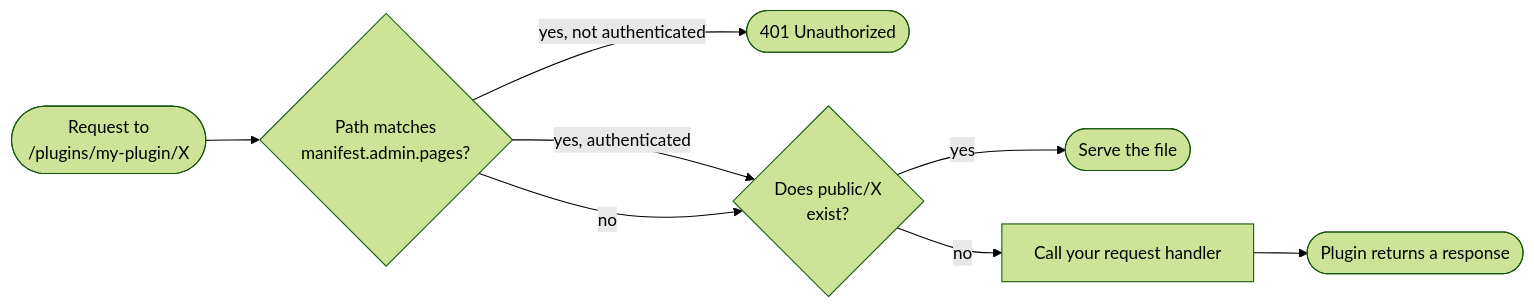
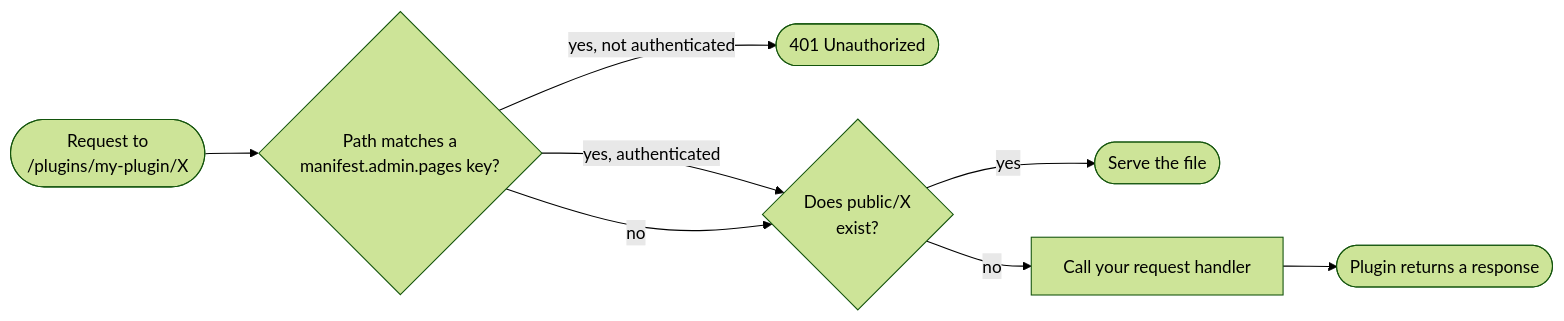
The first of 2 diagrams in docs/plugins/http.mdx (owncast/owncast.github.io), drawn with Mermaid (forest theme) before and after one commit. The commit also changed other lines of this file and 18 other files, not shown here.

Commit message:
Document keyed plugin manifest pages and tabs

````diff
--- a/docs/plugins/http.mdx
+++ b/docs/plugins/http.mdx
@@ -29,10 +29,10 @@
 ```mermaid
 flowchart LR
-    Req([Request to<br/>/plugins/my-plugin/X]) --> Admin{Path matches<br/>manifest.admin.pages?}
+    Req([Request to<br/>/plugins/my-plugin/X]) --> Admin{Path matches a<br/>manifest.admin.pages key?}
     Admin -->|yes, not authenticated| Auth401([401 Unauthorized])
     Admin -->|yes, authenticated| Static
     Admin -->|no| Static
     Static{Does public/X<br/>exist?} -->|yes| Serve([Serve the file])
     Static -->|no| Handler[Call your request handler]
     Handler --> Resp([Plugin returns a response])
 ```
````
